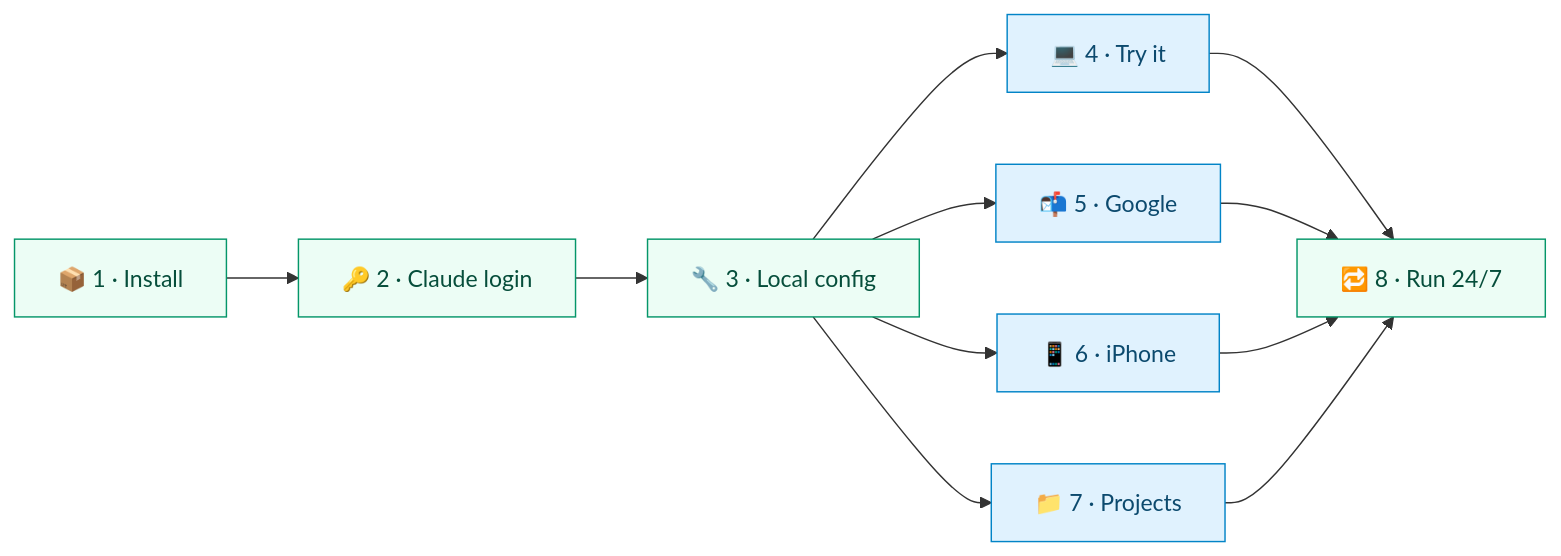
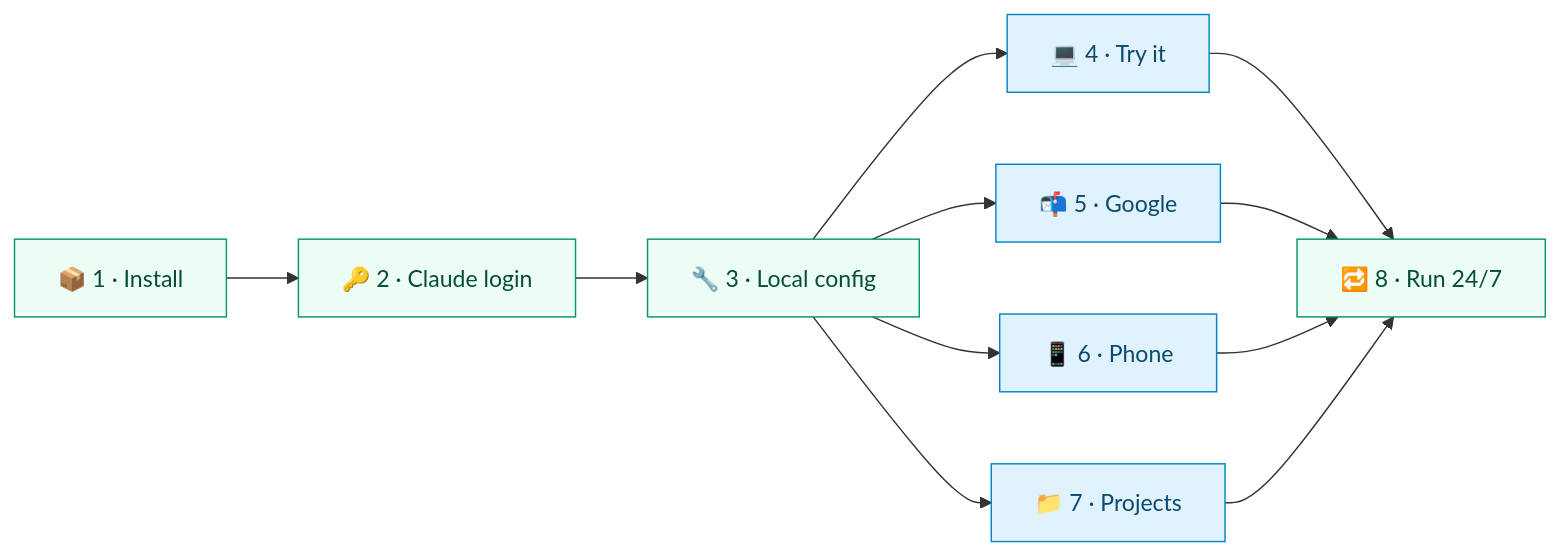
One commit to anilkumarmeena/alfred changed the first of 2 diagrams in docs/setup.md. Above: the diagram before and after it, drawn with Mermaid. The commit also changed other lines of this file and 128 other files, not shown here.

````diff
--- a/docs/setup.md
+++ b/docs/setup.md
@@ -17,14 +17,14 @@
 ```mermaid
 flowchart LR
     I["📦 1 · Install"] --> L["🔑 2 · Claude login"] --> C["🔧 3 · Local config"]
     C --> T["💻 4 · Try it"]
     C --> G["📬 5 · Google"]
-    C --> P["📱 6 · iPhone"]
+    C --> P["📱 6 · Phone"]
     C --> R["📁 7 · Projects"]
     T & G & P & R --> S["🔁 8 · Run 24/7"]
 
     classDef mac fill:#ecfdf5,stroke:#059669,color:#064e3b
     classDef you fill:#e0f2fe,stroke:#0284c7,color:#0c4a6e
     class I,L,C,S mac
     class T,G,P,R you
 ```
````
